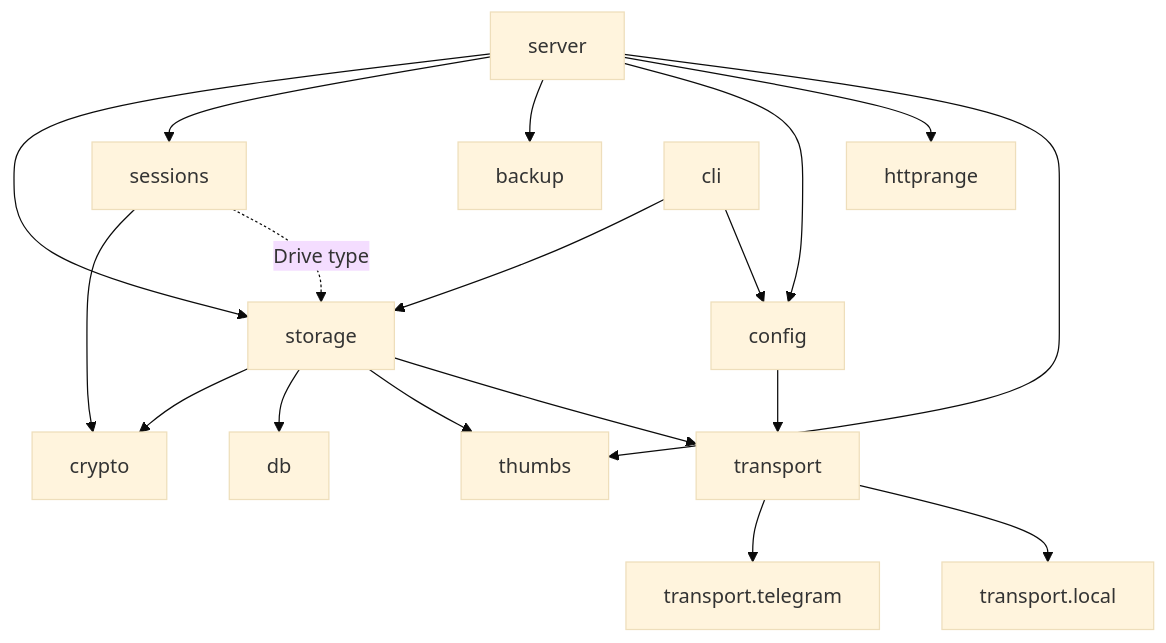
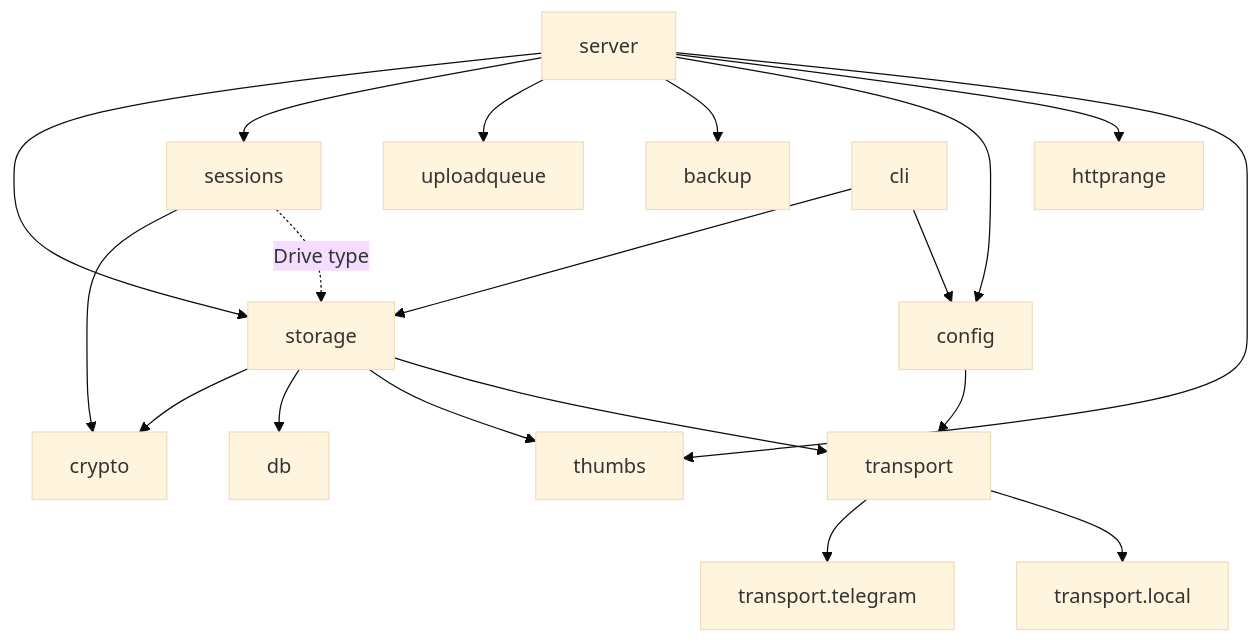
One commit to iusekarma/tgdrive changed the first of 4 diagrams in docs/backend.md. Above: the diagram before and after it, drawn with Mermaid (base theme). The commit also changed other lines of this file and 14 other files, not shown here.

````diff
--- a/docs/backend.md
+++ b/docs/backend.md
@@ -7,20 +7,21 @@
 ```mermaid
 flowchart TD
     server --> storage
     server --> sessions
+    server --> uploadqueue
     server --> backup
     server --> config
     server --> httprange
     server --> thumbs
     cli --> storage
     cli --> config
     sessions --> crypto
     sessions -.->|"Drive type"| storage
     storage --> crypto
     storage --> db
     storage --> thumbs
     storage --> transport
     config --> transport
     transport --> telegram["transport.telegram"]
     transport --> local["transport.local"]
 ```
````
